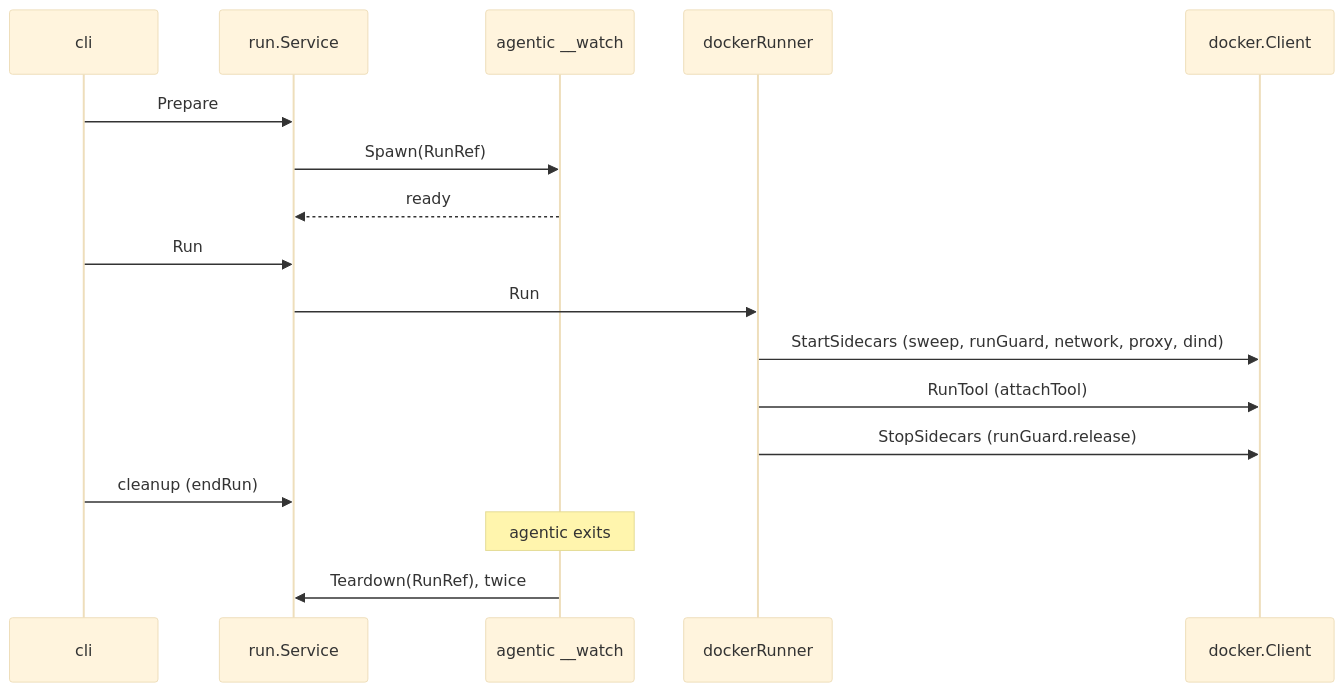
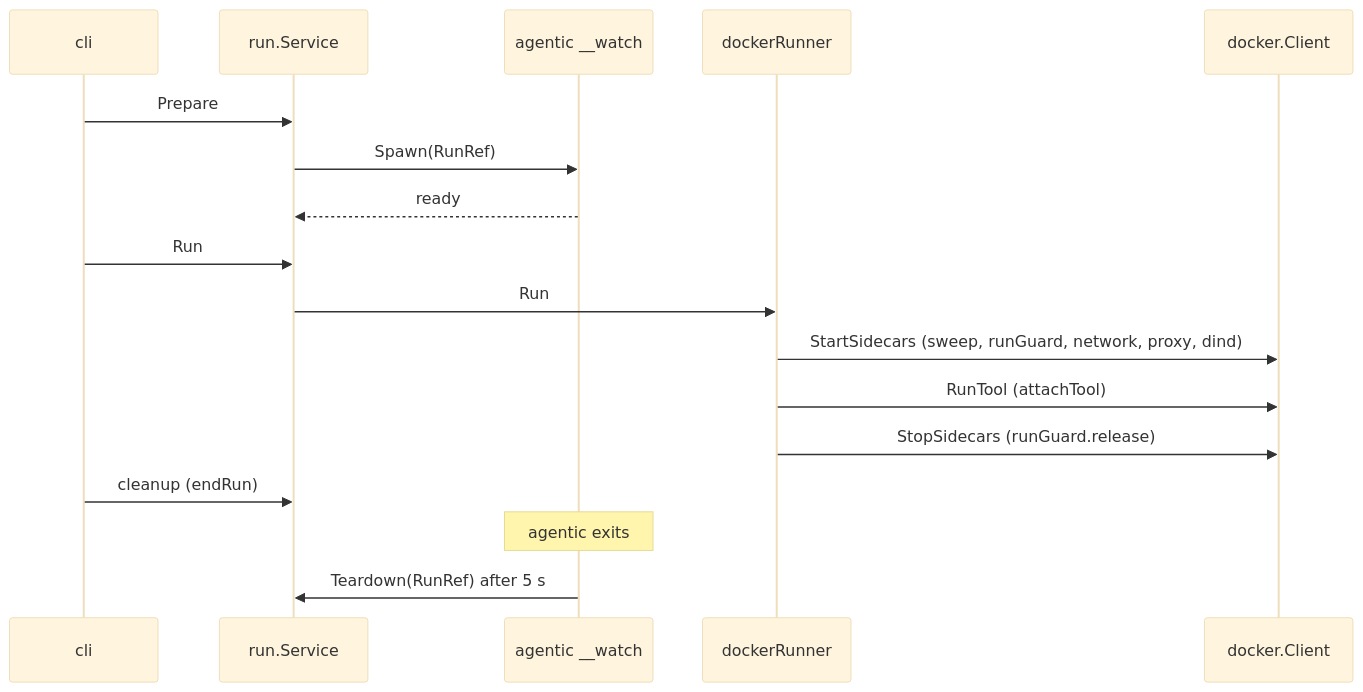
One commit to dylanvgils/agentic-cli changed the second of 3 diagrams in docs/run-flow.md. Above: the diagram before and after it, drawn with Mermaid (base theme). The commit also changed other lines of this file and 3 other files, not shown here.

Commit message:
refactor: reap a killed run once after a grace period (#350)

````diff
--- a/docs/run-flow.md
+++ b/docs/run-flow.md
@@ -30,19 +30,19 @@
 ```mermaid
 sequenceDiagram
     participant cli
     participant svc as run.Service
     participant watch as agentic __watch
     participant dr as dockerRunner
     participant dc as docker.Client
     cli->>svc: Prepare
     svc->>watch: Spawn(RunRef)
     watch-->>svc: ready
     cli->>svc: Run
     svc->>dr: Run
     dr->>dc: StartSidecars (sweep, runGuard, network, proxy, dind)
     dr->>dc: RunTool (attachTool)
     dr->>dc: StopSidecars (runGuard.release)
     cli->>svc: cleanup (endRun)
     Note over watch: agentic exits
-    watch->>svc: Teardown(RunRef), twice
+    watch->>svc: Teardown(RunRef) after 5 s
 ```
````
